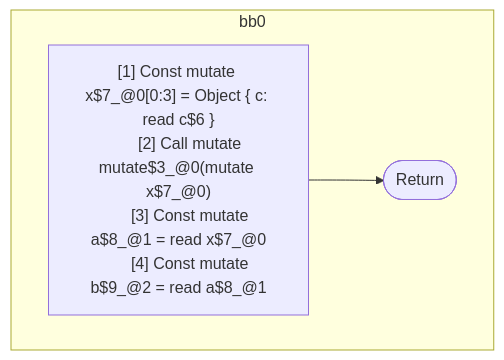
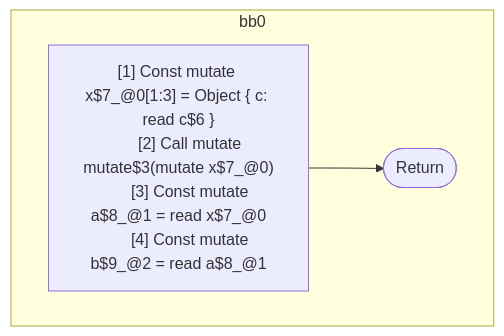
Before and after one commit to wutsmog/private: the diagram in compiler/forget/src/__tests__/fixtures/hir/issue852.expect.md, drawn with Mermaid. The commit also changed other lines of this file and 100 other files, not shown here.

````diff
--- a/compiler/forget/src/__tests__/fixtures/hir/issue852.expect.md
+++ b/compiler/forget/src/__tests__/fixtures/hir/issue852.expect.md
@@ -31,16 +50,16 @@
 ```mermaid
 flowchart TB
   %% Basic Blocks
   subgraph bb0
     bb0_instrs["
-      [1] Const mutate x$7_@0[0:3] = Object { c: read c$6 }
-      [2] Call mutate mutate$3_@0(mutate x$7_@0)
+      [1] Const mutate x$7_@0[1:3] = Object { c: read c$6 }
+      [2] Call mutate mutate$3(mutate x$7_@0)
       [3] Const mutate a$8_@1 = read x$7_@0
       [4] Const mutate b$9_@2 = read a$8_@1
     "]
     bb0_instrs --> bb0_terminal(["Return"])
   end
 
   %% Jumps
   %% empty
 ```
````
